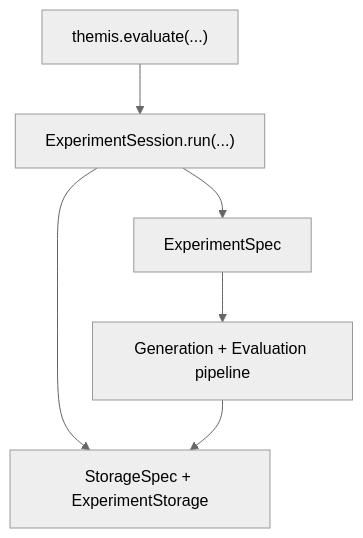
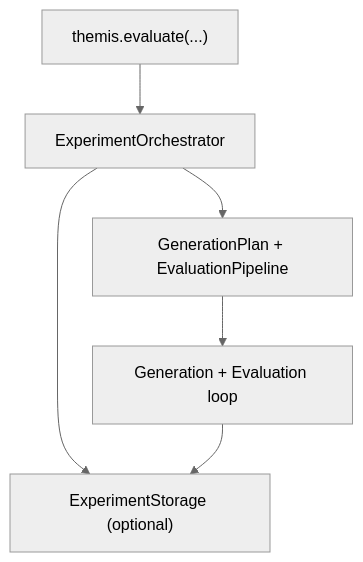
The first of 2 diagrams in docs/getting-started/concepts.md (Pittawat2542/themis), drawn with Mermaid (neutral theme) before and after one commit. The commit also changed other lines of this file and 9 other files, not shown here.

Commit message:
docs: modernize all docs to 1.2.0 evaluate() API, remove ExperimentSession/ExperimentSpec and examples-simple refs

````diff
--- a/docs/getting-started/concepts.md
+++ b/docs/getting-started/concepts.md
@@ -9,8 +9,8 @@
 ```mermaid
 flowchart TD
-    A["themis.evaluate(...)"] --> B["ExperimentSession.run(...)"]
-    B --> C["ExperimentSpec"]
-    C --> D["Generation + Evaluation pipeline"]
-    B --> E["StorageSpec + ExperimentStorage"]
+    A["themis.evaluate(...)"] --> B["ExperimentOrchestrator"]
+    B --> C["GenerationPlan + EvaluationPipeline"]
+    C --> D["Generation + Evaluation loop"]
+    B --> E["ExperimentStorage (optional)"]
     D --> E
 ```
````
